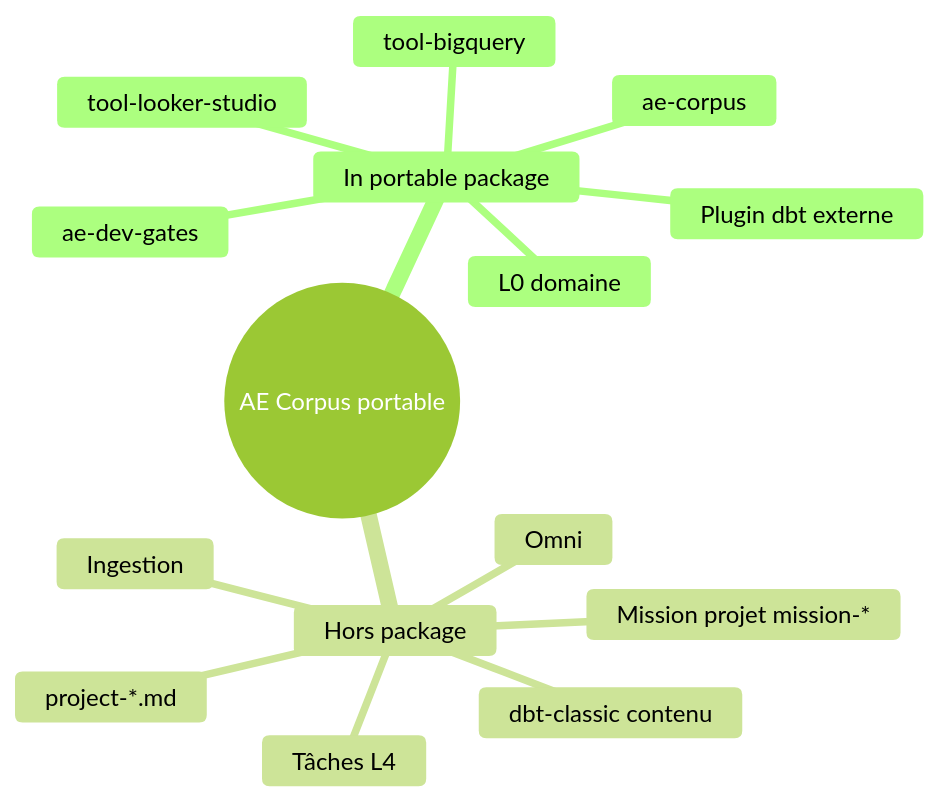
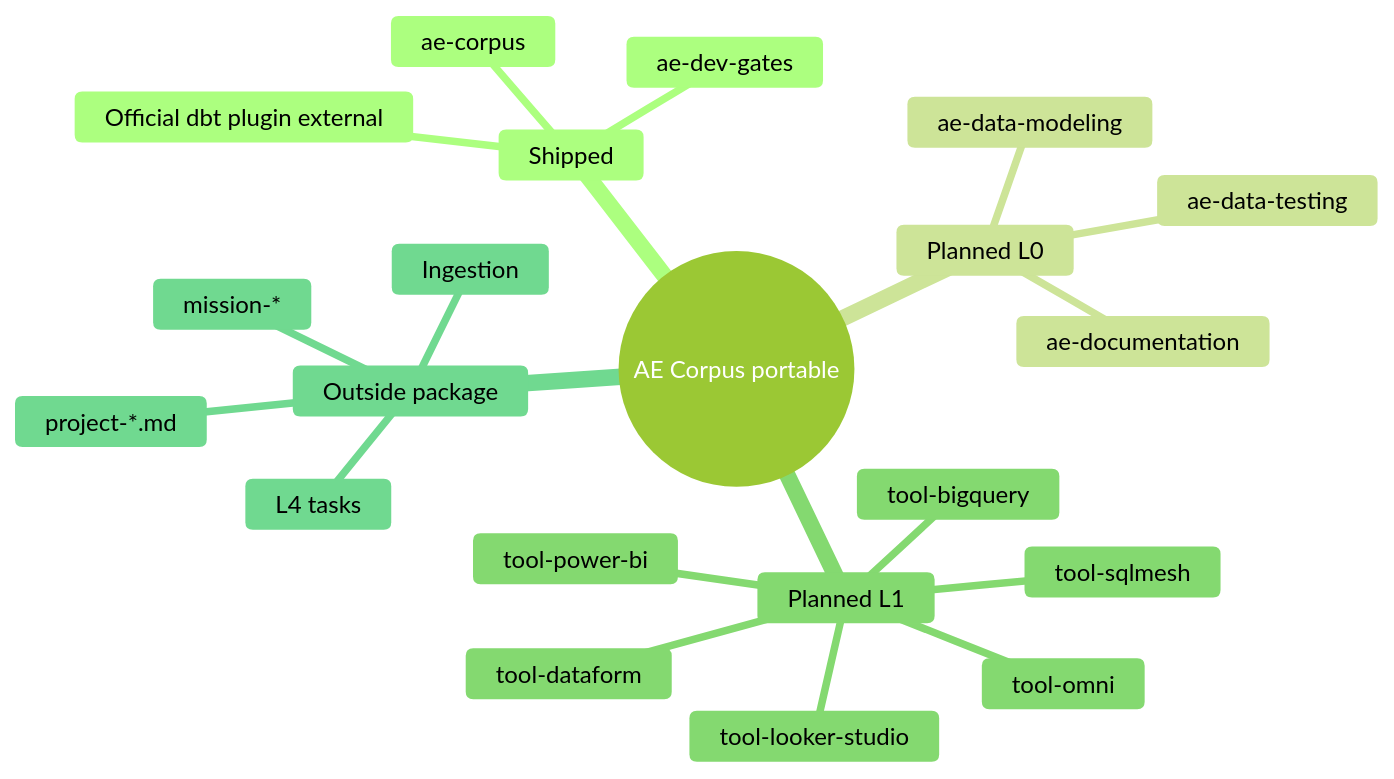
The third of 3 diagrams in plugins/ae-agent-skills/skills/ae-corpus/architecture.md (doudjol57/ae-agent-skills), drawn with Mermaid (forest theme) before and after one commit. The commit also changed other lines of this file and 7 other files, not shown here.

````diff
--- a/plugins/ae-agent-skills/skills/ae-corpus/architecture.md
+++ b/plugins/ae-agent-skills/skills/ae-corpus/architecture.md
@@ -86,18 +73,24 @@
 ```mermaid
 mindmap
   root((AE Corpus portable))
-    In portable package
-      Plugin dbt externe
+    Shipped
+      ae-corpus
       ae-dev-gates
-      ae-corpus
+      Official dbt plugin external
+    Planned L0
+      ae-data-modeling
+      ae-documentation
+      ae-data-testing
+    Planned L1
       tool-bigquery
       tool-looker-studio
-      L0 domaine
-    Hors package
-      Mission projet mission-*
+      tool-omni
+      tool-power-bi
+      tool-dataform
+      tool-sqlmesh
+    Outside package
+      mission-*
       project-*.md
-      Tâches L4
+      L4 tasks
       Ingestion
-      Omni
-      dbt-classic contenu
 ```
````
